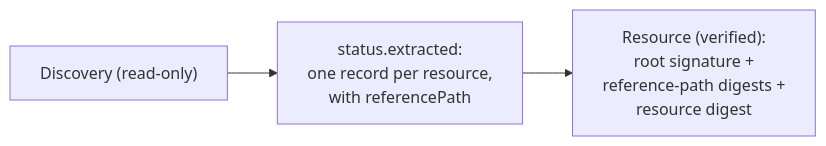
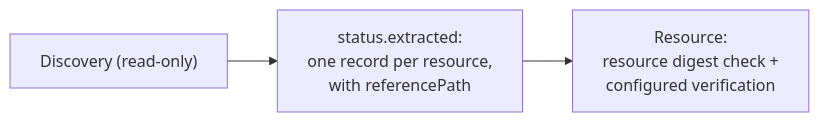
Before and after one commit to frewilhelm/open-component-model: the diagram in website/content/docs/guides/deploy/create-resources-from-discovery.md, drawn with Mermaid. The commit also changed other lines of this file and 9 other files, not shown here.

First line of the commit message:
feat(examples): localize images using chart-declared value paths

````diff
--- a/website/content/docs/guides/deploy/create-resources-from-discovery.md
+++ b/website/content/docs/guides/deploy/create-resources-from-discovery.md
@@ -49,10 +51,9 @@
 ```mermaid
 flowchart LR
     A["Discovery (read-only)"] --> B["status.extracted:
 one record per resource,
 with referencePath"]
-    B --> C["Resource (verified):
-root signature +
-reference-path digests +
-resource digest"]
+    B --> C["Resource:
+resource digest check +
+configured verification"]
 ```
````
